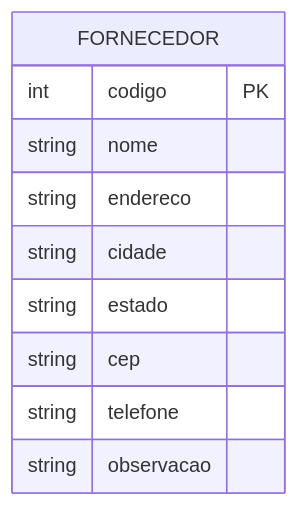
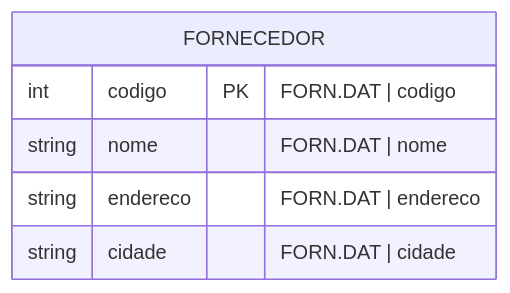
Before and after one commit to Nicolas-CustomCode/refactor-hospital-maternidade: the diagram in Módulos/Estoque/Entidade/Fornecedor.md, drawn with Mermaid. The commit also changed other lines of this file and 9 other files, not shown here.

````diff
--- a/Módulos/Estoque/Entidade/Fornecedor.md
+++ b/Módulos/Estoque/Entidade/Fornecedor.md
@@ -3,13 +3,9 @@
 ```mermaid
 erDiagram
 FORNECEDOR {
-	int codigo PK
-	string nome
-	string endereco
-	string cidade
-	string estado
-	string cep
-	string telefone
-	string observacao
+	int codigo PK "FORN.DAT | codigo"
+	string nome "FORN.DAT | nome"
+	string endereco "FORN.DAT | endereco"
+	string cidade "FORN.DAT | cidade"
 }
 ```
````
